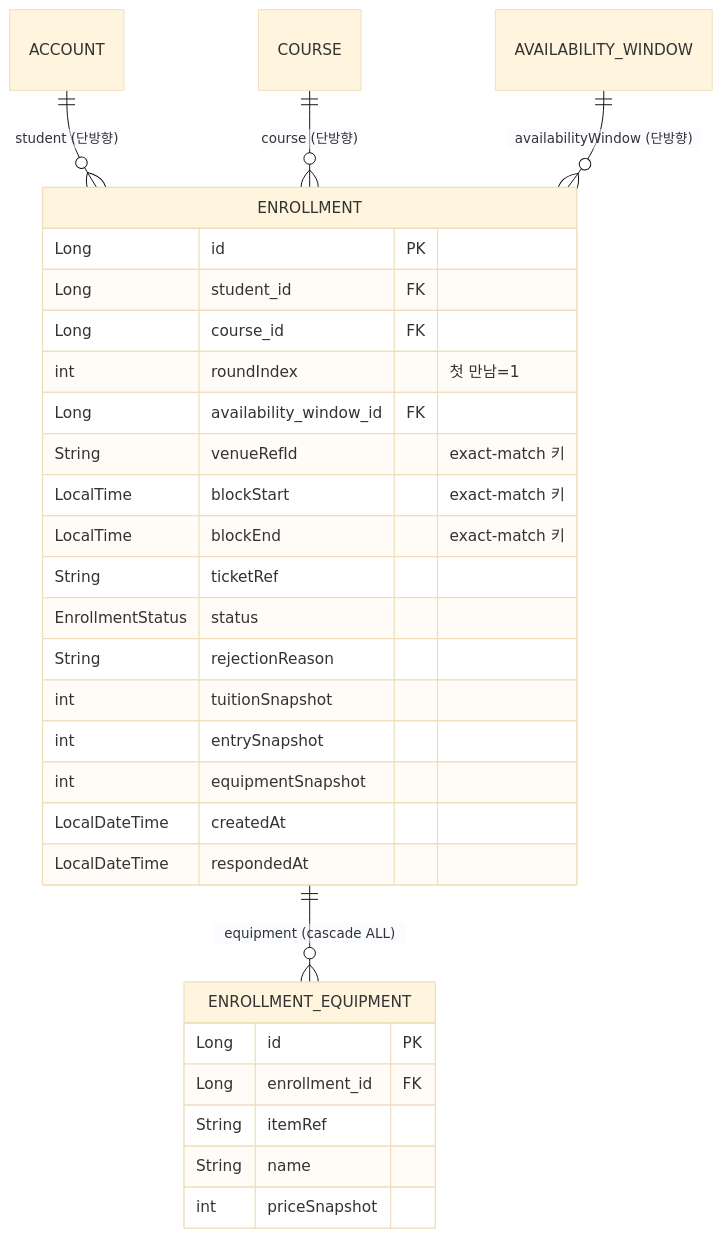
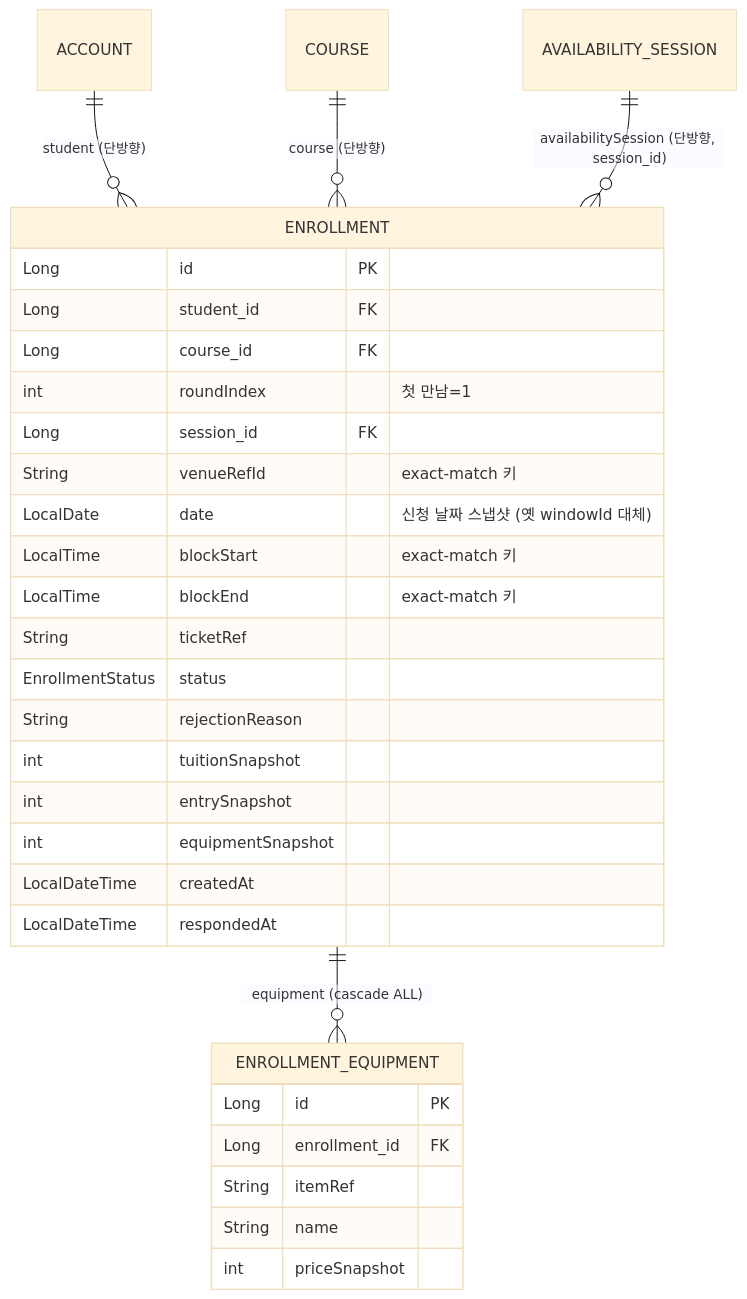
One commit to pungdong/Pungdong-Backend changed the fourth of 4 diagrams in docs/architecture/enrollment.md. Above: the diagram before and after it, drawn with Mermaid (base theme). The commit also changed other lines of this file and 5 other files, not shown here.

First line of the commit message:
Docs: coverage/session 2레이어 재설계 반영 (availability·enrollment 도메인/피처 문서 + CLAUDE.md)

````diff
--- a/docs/architecture/enrollment.md
+++ b/docs/architecture/enrollment.md
@@ -81,33 +80,34 @@
 ```mermaid
 erDiagram
   ACCOUNT ||--o{ ENROLLMENT : "student (단방향)"
   COURSE ||--o{ ENROLLMENT : "course (단방향)"
-  AVAILABILITY_WINDOW ||--o{ ENROLLMENT : "availabilityWindow (단방향)"
+  AVAILABILITY_SESSION ||--o{ ENROLLMENT : "availabilitySession (단방향, session_id)"
   ENROLLMENT ||--o{ ENROLLMENT_EQUIPMENT : "equipment (cascade ALL)"
 
   ENROLLMENT {
     Long id PK
     Long student_id FK
     Long course_id FK
     int roundIndex "첫 만남=1"
-    Long availability_window_id FK
+    Long session_id FK
     String venueRefId "exact-match 키"
+    LocalDate date "신청 날짜 스냅샷 (옛 windowId 대체)"
     LocalTime blockStart "exact-match 키"
     LocalTime blockEnd "exact-match 키"
     String ticketRef
     EnrollmentStatus status
     String rejectionReason
     int tuitionSnapshot
     int entrySnapshot
     int equipmentSnapshot
     LocalDateTime createdAt
     LocalDateTime respondedAt
   }
   ENROLLMENT_EQUIPMENT {
     Long id PK
     Long enrollment_id FK
     String itemRef
     String name
     int priceSnapshot
   }
 ```
````
